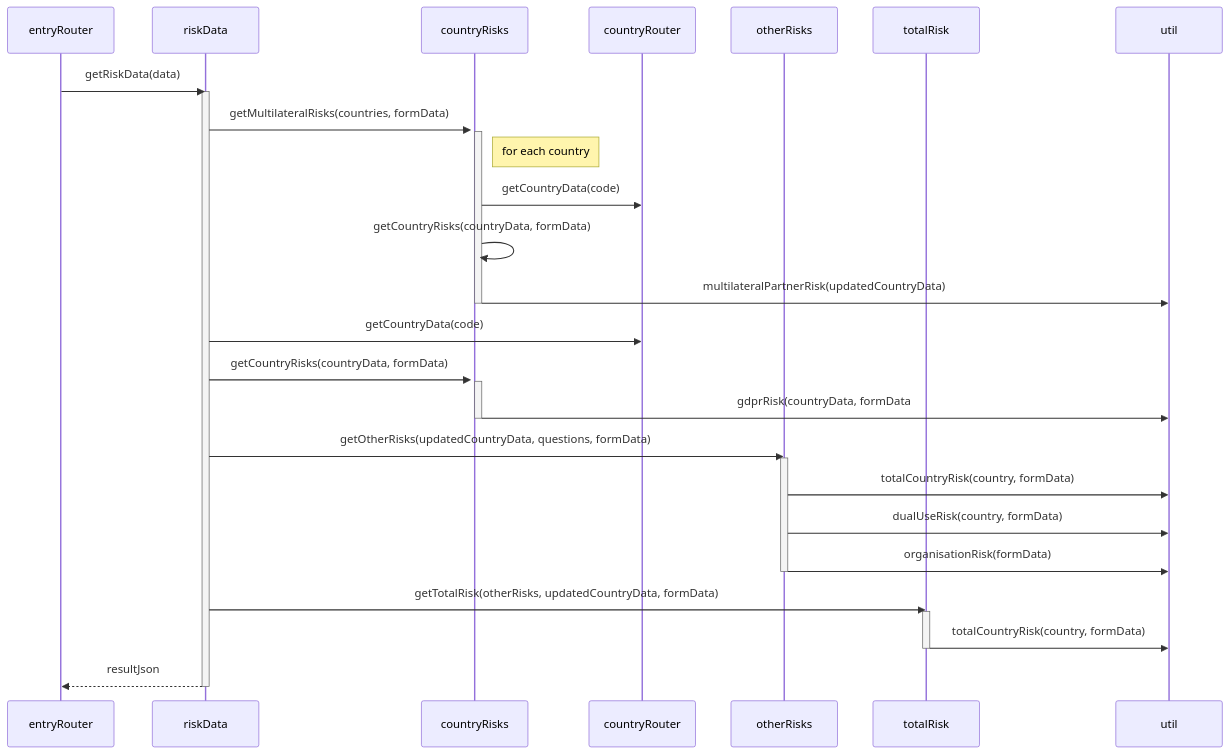
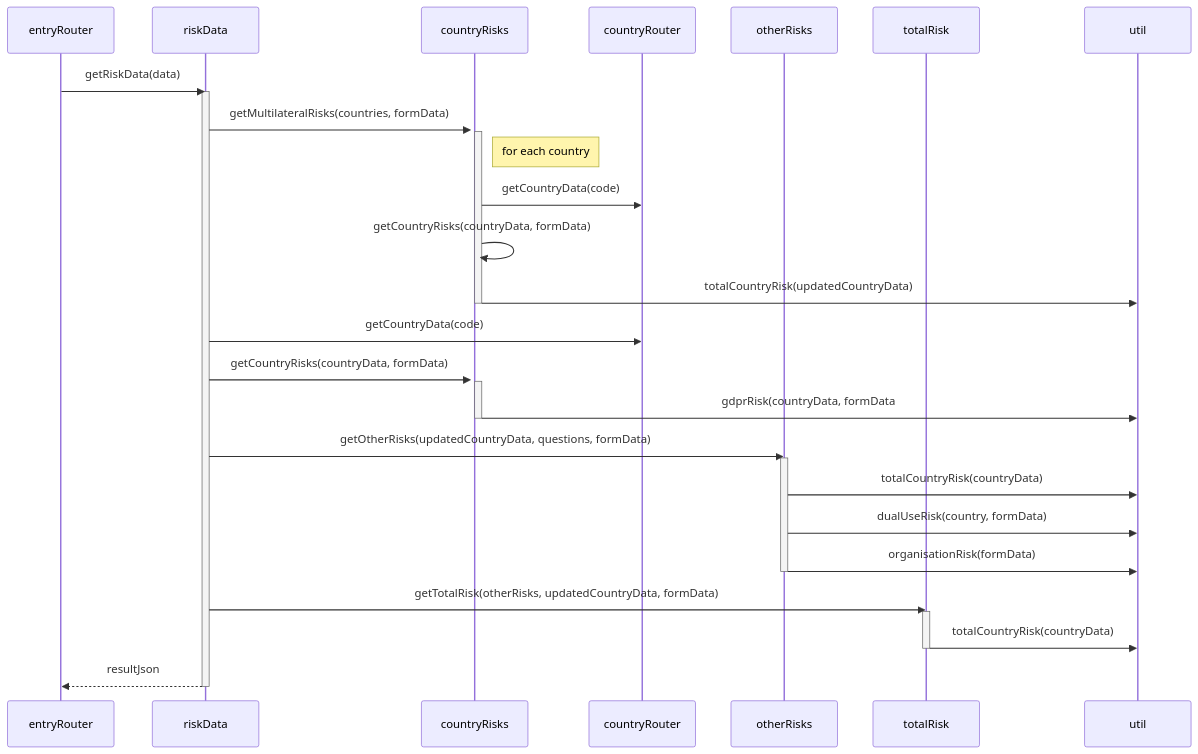
The diagram in docs/control_flow.md (UniversityOfHelsinkiCS/riksutin), drawn with Mermaid before and after one commit. The commit also changed 6 other files, not shown here.

Commit message:
refactoring country total risk calculation

````diff
--- a/docs/control_flow.md
+++ b/docs/control_flow.md
@@ -1,37 +1,37 @@
 ```mermaid
 sequenceDiagram
     participant entryRouter
     participant riskData
     participant countryRisks
     participant countryRouter
     participant otherRisks
     participant totalRisk
     participant util
 
     entryRouter->>riskData: getRiskData(data)
     activate riskData
     riskData ->>+ countryRisks: getMultilateralRisks(countries, formData)
     activate countryRisks
     Note right of countryRisks: for each country
     countryRisks ->> countryRouter: getCountryData(code)
     countryRisks ->> countryRisks: getCountryRisks(countryData, formData)
-    countryRisks ->> util: multilateralPartnerRisk(updatedCountryData)
+    countryRisks ->> util: totalCountryRisk(updatedCountryData)
     deactivate countryRisks
     riskData ->> countryRouter: getCountryData(code)
     riskData ->> countryRisks: getCountryRisks(countryData, formData)
     activate countryRisks
     countryRisks ->> util: gdprRisk(countryData, formData
     deactivate countryRisks
     riskData ->> otherRisks: getOtherRisks(updatedCountryData, questions, formData)
     activate otherRisks
-    otherRisks ->> util: totalCountryRisk(country, formData)
+    otherRisks ->> util: totalCountryRisk(countryData)
     otherRisks ->> util: dualUseRisk(country, formData)
     otherRisks ->> util: organisationRisk(formData)
     deactivate otherRisks
     riskData ->> totalRisk: getTotalRisk(otherRisks, updatedCountryData, formData)
     activate totalRisk
-    totalRisk ->> util: totalCountryRisk(country, formData)
+    totalRisk ->> util: totalCountryRisk(countryData)
     deactivate totalRisk
     riskData -->> entryRouter: resultJson
     deactivate riskData
 ```
````
